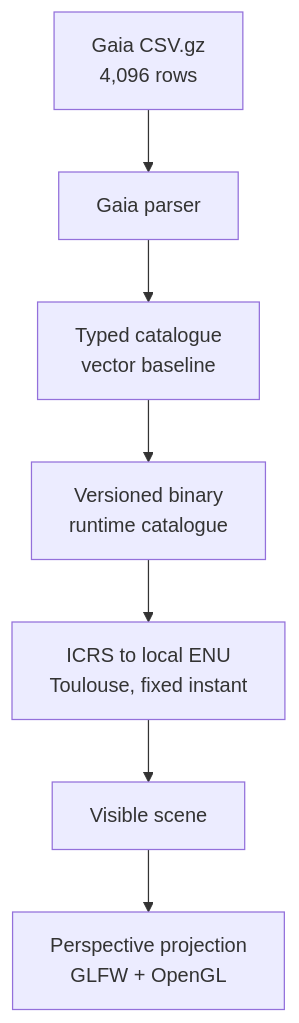
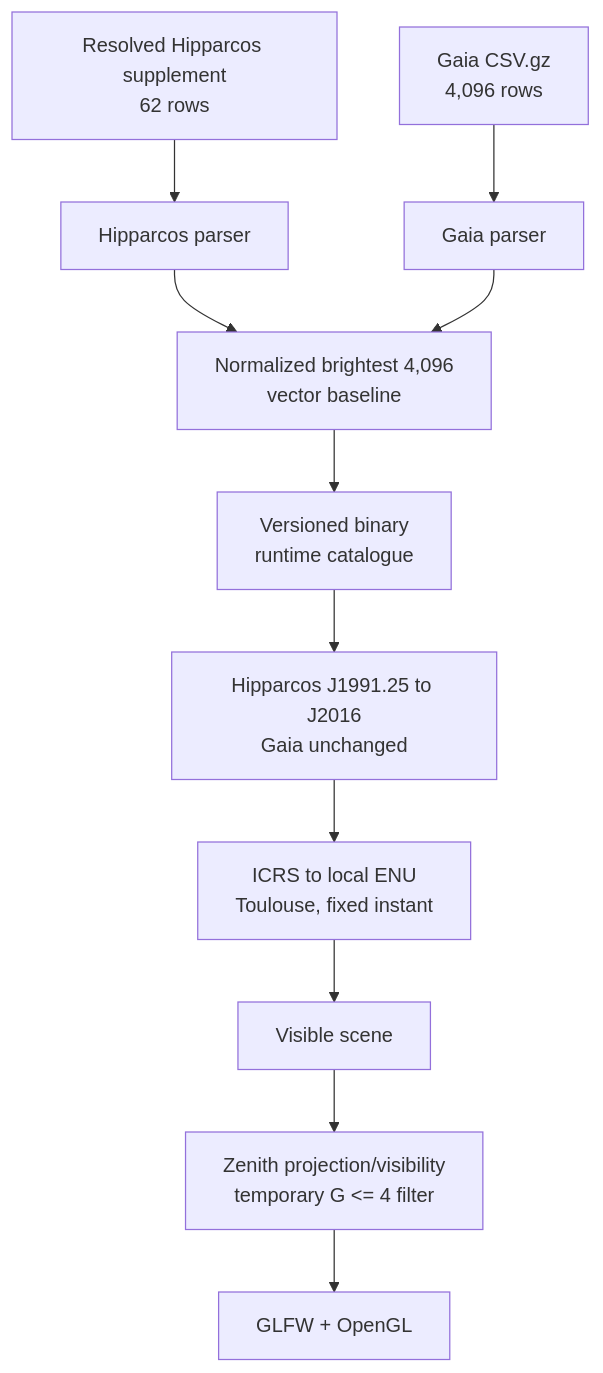
One commit to bymedeu/mystarceiling changed the diagram in docs/milestones/m1-fixed-toulouse-sky.md. Above: the diagram before and after it, drawn with Mermaid. The commit also changed other lines of this file and 23 other files, not shown here.

````diff
--- a/docs/milestones/m1-fixed-toulouse-sky.md
+++ b/docs/milestones/m1-fixed-toulouse-sky.md
@@ -16,9 +16,13 @@
 ```mermaid
 flowchart TD
     GZ["Gaia CSV.gz<br/>4,096 rows"] --> P["Gaia parser"]
-    P --> C["Typed catalogue<br/>vector baseline"]
+    H["Resolved Hipparcos supplement<br/>62 rows"] --> HP["Hipparcos parser"]
+    HP --> C["Normalized brightest 4,096<br/>vector baseline"]
+    P --> C
     C --> B["Versioned binary<br/>runtime catalogue"]
-    B --> A["ICRS to local ENU<br/>Toulouse, fixed instant"]
+    B --> PM["Hipparcos J1991.25 to J2016<br/>Gaia unchanged"]
+    PM --> A["ICRS to local ENU<br/>Toulouse, fixed instant"]
     A --> S["Visible scene"]
-    S --> R["Perspective projection<br/>GLFW + OpenGL"]
+    S --> F["Zenith projection/visibility<br/>temporary G <= 4 filter"]
+    F --> R["GLFW + OpenGL"]
 ```
````
